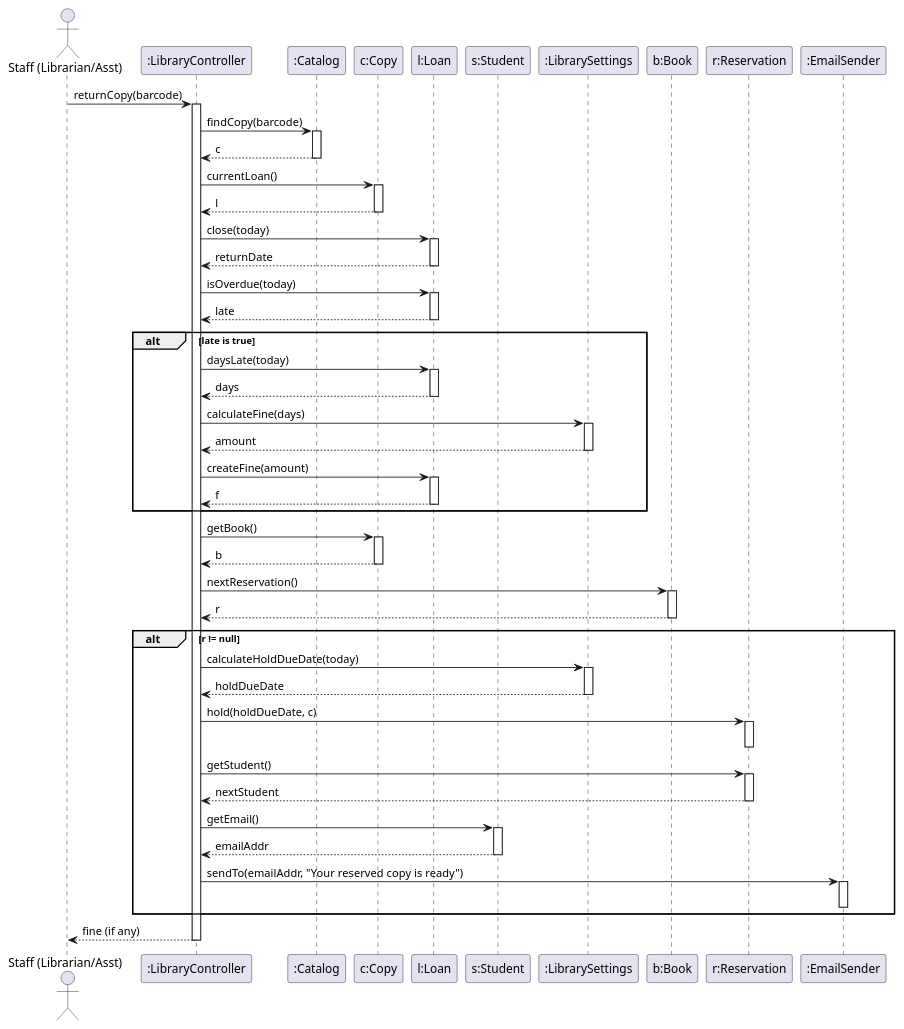
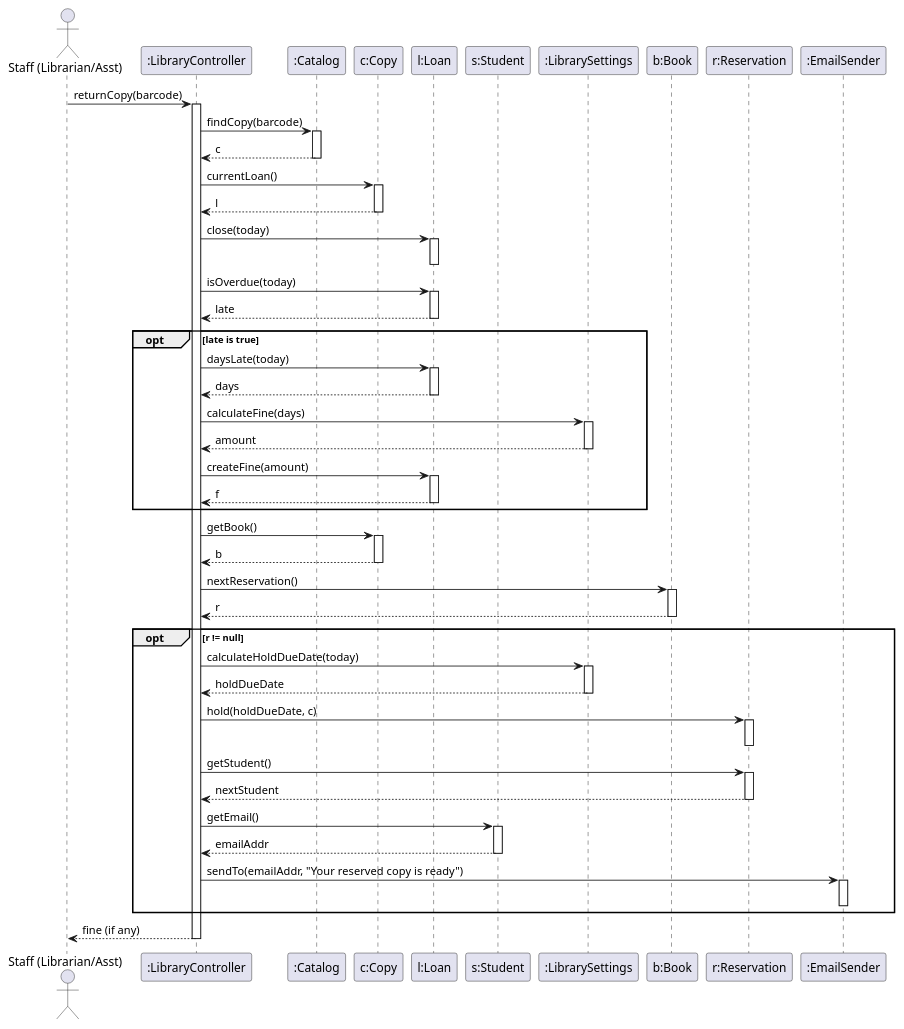
The diagram in docs/uml/seq-return.puml (erionelezaj/LibrarySystem-SW-Design-Principles), drawn with PlantUML before and after one commit.

Commit message:
Fix return sequence fragment types and return values
- Change 'alt' fragments to 'opt' where no 'else' path exists
- Remove return value from Loan.close(today) to match class diagram

```diff
--- a/docs/uml/seq-return.puml
+++ b/docs/uml/seq-return.puml
@@ -1,91 +1,90 @@
 @startuml SequenceReturn
 actor "Staff (Librarian/Asst)" as Staff
 participant ":LibraryController" as Controller
 participant ":Catalog" as Catalog
 participant "c:Copy" as Copy
 participant "l:Loan" as Loan
 participant "s:Student" as Student
 participant ":LibrarySettings" as Settings
 participant "b:Book" as Book
 participant "r:Reservation" as Reservation
 participant ":EmailSender" as Email
 
 Staff -> Controller: returnCopy(barcode)
 activate Controller
 
 Controller -> Catalog: findCopy(barcode)
 activate Catalog
 Catalog --> Controller: c
 deactivate Catalog
 
 Controller -> Copy: currentLoan()
 activate Copy
 Copy --> Controller: l
 deactivate Copy
 
 Controller -> Loan: close(today)
 activate Loan
-Loan --> Controller: returnDate
 deactivate Loan
 
 Controller -> Loan: isOverdue(today)
 activate Loan
 Loan --> Controller: late
 deactivate Loan
 
-alt late is true
+opt late is true
     Controller -> Loan: daysLate(today)
     activate Loan
     Loan --> Controller: days
     deactivate Loan
     
     Controller -> Settings: calculateFine(days)
     activate Settings
     Settings --> Controller: amount
     deactivate Settings
     
     Controller -> Loan: createFine(amount)
     activate Loan
     Loan --> Controller: f
     deactivate Loan
 end
 
 Controller -> Copy: getBook()
 activate Copy
 Copy --> Controller: b
 deactivate Copy
 
 Controller -> Book: nextReservation()
 activate Book
 Book --> Controller: r
 deactivate Book
 
-alt r != null
+opt r != null
     Controller -> Settings: calculateHoldDueDate(today)
     activate Settings
     Settings --> Controller: holdDueDate
     deactivate Settings
     
     Controller -> Reservation: hold(holdDueDate, c)
     activate Reservation
     deactivate Reservation
     
     Controller -> Reservation: getStudent()
     activate Reservation
     Reservation --> Controller: nextStudent
     deactivate Reservation
     
     Controller -> Student: getEmail()
     activate Student
     Student --> Controller: emailAddr
     deactivate Student
     
     Controller -> Email: sendTo(emailAddr, "Your reserved copy is ready")
     activate Email
     deactivate Email
 end
 
 Controller --> Staff: fine (if any)
 deactivate Controller
 
 @enduml
```
